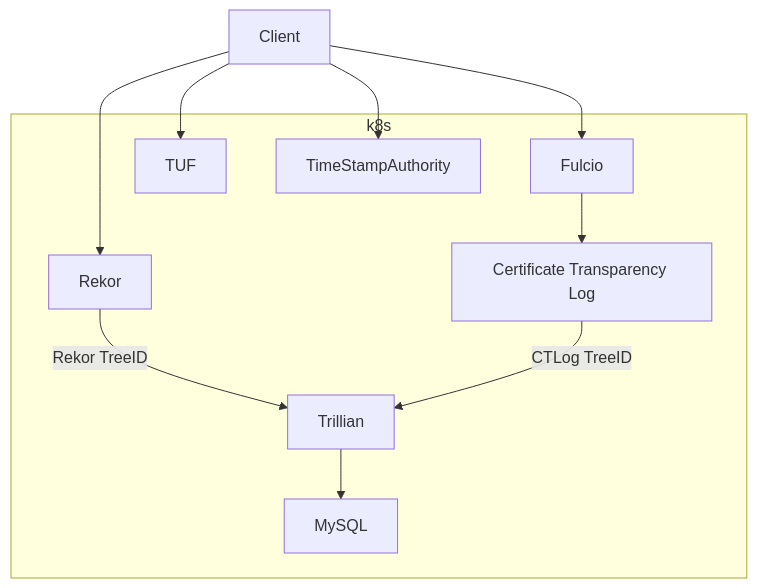
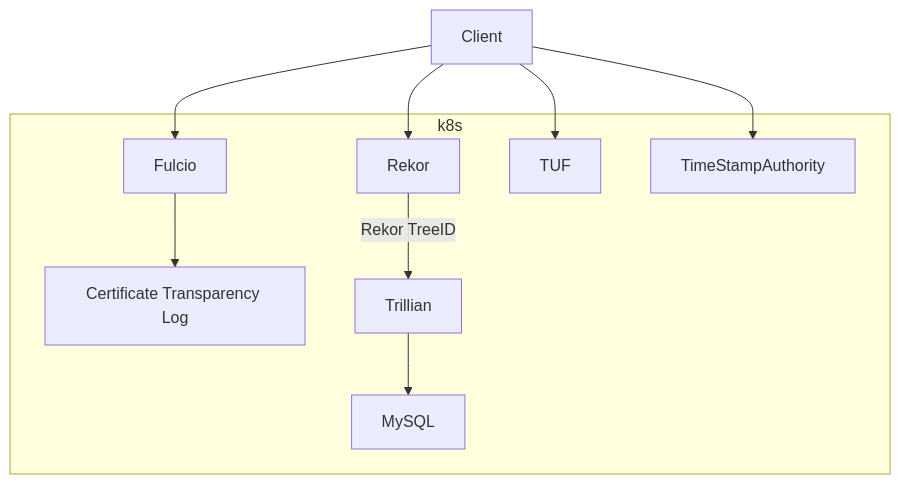
One commit to sigstore/scaffolding changed the diagram in README.md. Above: the diagram before and after it, drawn with Mermaid. The commit also changed other lines of this file and 26 other files, not shown here.

````diff
--- a/README.md
+++ b/README.md
@@ -89,20 +89,19 @@
 ```mermaid
 graph TD
     Client --> Rekor
     Client --> Fulcio
     Client --> TUF
     Client --> TimeStampAuthority
     Fulcio --> CTLog[Certificate Transparency Log]
     Rekor --> |Rekor TreeID|Trillian
-    CTLog --> |CTLog TreeID|Trillian
     Trillian --> MySQL
     subgraph k8s
       Fulcio
       TUF
       Rekor
       CTLog
       Trillian
       MySQL
       TimeStampAuthority
     end
 ```
````
